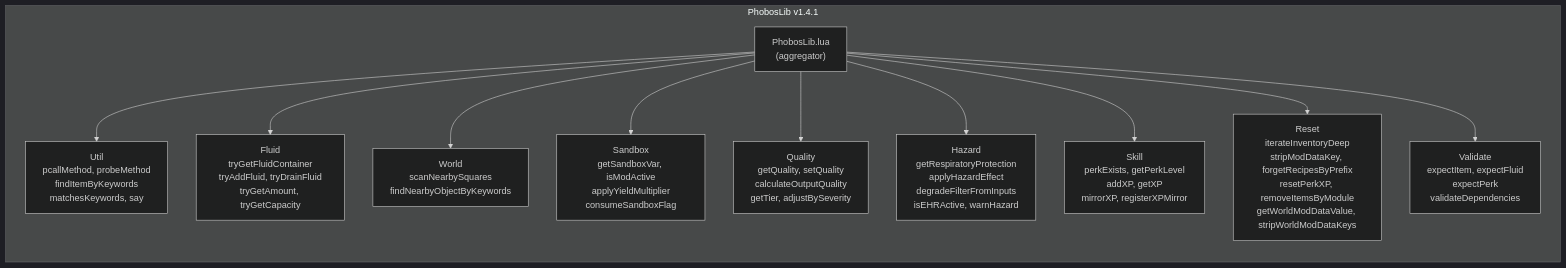
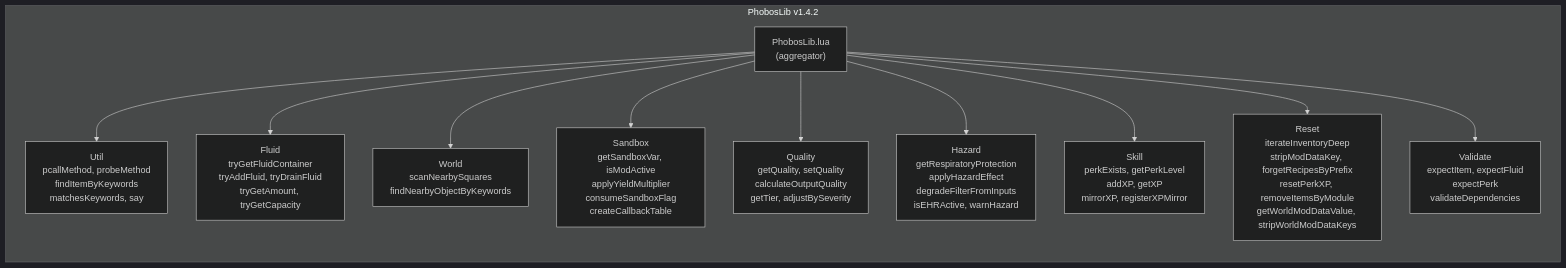
The second of 5 diagrams in docs/diagrams/architecture.md (phobos-dthorga/mod-pz-chemistry-pathways), drawn with Mermaid (dark theme) before and after one commit. The commit also changed other lines of this file and 11 other files, not shown here.

````diff
--- a/docs/diagrams/architecture.md
+++ b/docs/diagrams/architecture.md
@@ -50,34 +50,34 @@
 ```mermaid
 graph LR
-    subgraph LIB["PhobosLib v1.4.1"]
+    subgraph LIB["PhobosLib v1.4.2"]
         INIT["PhobosLib.lua<br/>(aggregator)"]
 
         UTIL["Util<br/>pcallMethod, probeMethod<br/>findItemByKeywords<br/>matchesKeywords, say"]
 
         FLUID["Fluid<br/>tryGetFluidContainer<br/>tryAddFluid, tryDrainFluid<br/>tryGetAmount, tryGetCapacity"]
 
         WORLD["World<br/>scanNearbySquares<br/>findNearbyObjectByKeywords"]
 
-        SANDBOX["Sandbox<br/>getSandboxVar, isModActive<br/>applyYieldMultiplier<br/>consumeSandboxFlag"]
+        SANDBOX["Sandbox<br/>getSandboxVar, isModActive<br/>applyYieldMultiplier<br/>consumeSandboxFlag<br/>createCallbackTable"]
 
         QUALITY["Quality<br/>getQuality, setQuality<br/>calculateOutputQuality<br/>getTier, adjustBySeverity"]
 
         HAZ["Hazard<br/>getRespiratoryProtection<br/>applyHazardEffect<br/>degradeFilterFromInputs<br/>isEHRActive, warnHazard"]
 
         SKL["Skill<br/>perkExists, getPerkLevel<br/>addXP, getXP<br/>mirrorXP, registerXPMirror"]
 
         RST["Reset<br/>iterateInventoryDeep<br/>stripModDataKey, forgetRecipesByPrefix<br/>resetPerkXP, removeItemsByModule<br/>getWorldModDataValue, stripWorldModDataKeys"]
 
         VAL["Validate<br/>expectItem, expectFluid<br/>expectPerk<br/>validateDependencies"]
     end
 
     INIT --> UTIL
     INIT --> FLUID
     INIT --> WORLD
     INIT --> SANDBOX
     INIT --> QUALITY
     INIT --> HAZ
     INIT --> SKL
     INIT --> RST
     INIT --> VAL
 ```
````
